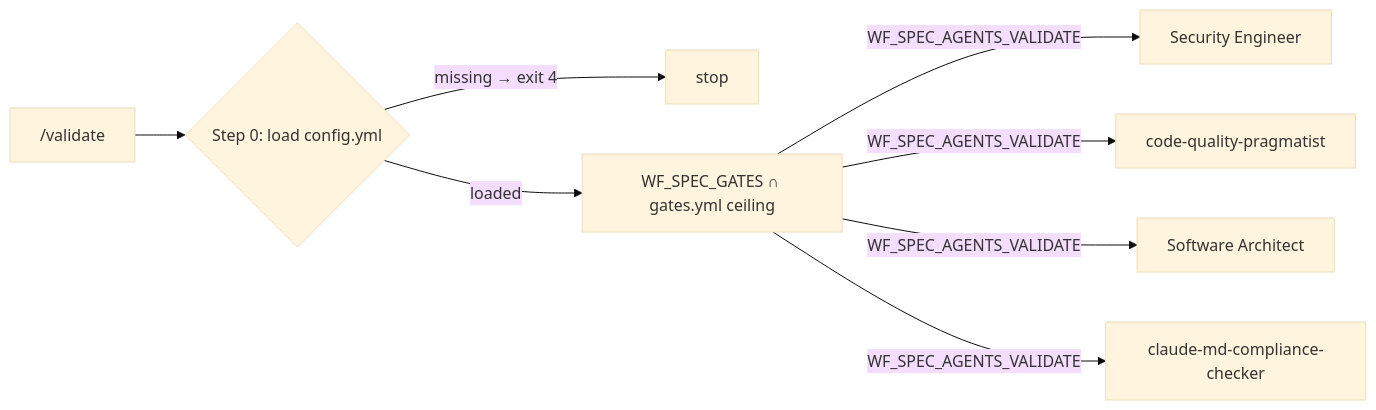
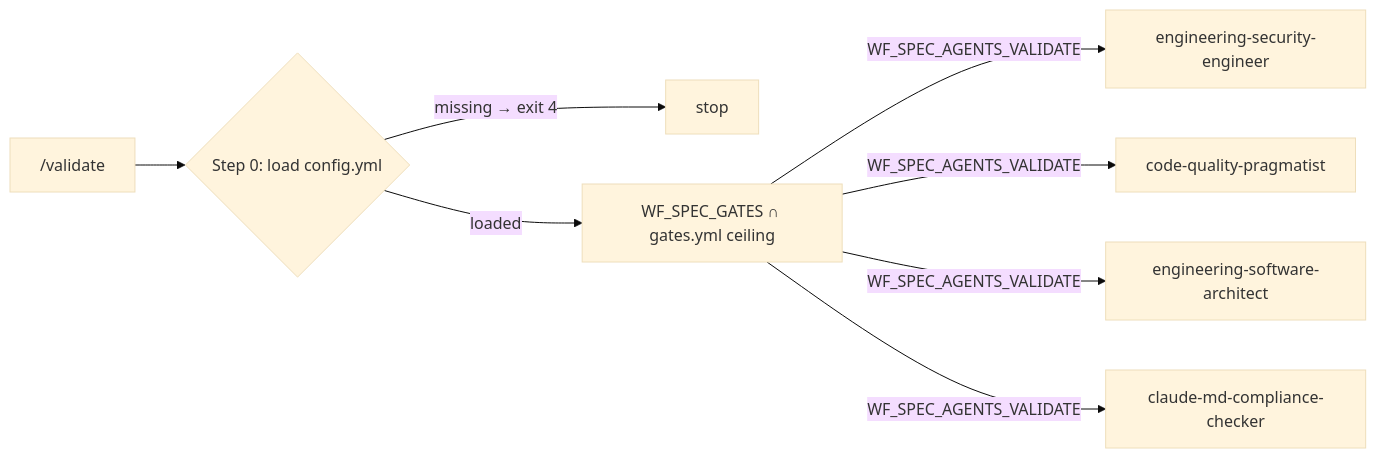
The ninth of 15 diagrams in docs/workflow-diagram.md (AlarQ/SDD-hub), drawn with Mermaid (base theme) before and after one commit. The commit also changed other lines of this file and 4 other files, not shown here.

````diff
--- a/docs/workflow-diagram.md
+++ b/docs/workflow-diagram.md
@@ -327,10 +314,10 @@
 ```mermaid
 graph LR
     VA["/validate"] --> CFG0{Step 0: load config.yml}
     CFG0 -->|missing → exit 4| STOP_VA[stop]
     CFG0 -->|loaded| CEIL["WF_SPEC_GATES ∩ gates.yml ceiling"]
-    CEIL -->|WF_SPEC_AGENTS_VALIDATE| SE[Security Engineer]
+    CEIL -->|WF_SPEC_AGENTS_VALIDATE| SE[engineering-security-engineer]
     CEIL -->|WF_SPEC_AGENTS_VALIDATE| CQP[code-quality-pragmatist]
-    CEIL -->|WF_SPEC_AGENTS_VALIDATE| SA[Software Architect]
+    CEIL -->|WF_SPEC_AGENTS_VALIDATE| SA[engineering-software-architect]
     CEIL -->|WF_SPEC_AGENTS_VALIDATE| CMC[claude-md-compliance-checker]
 ```
````
